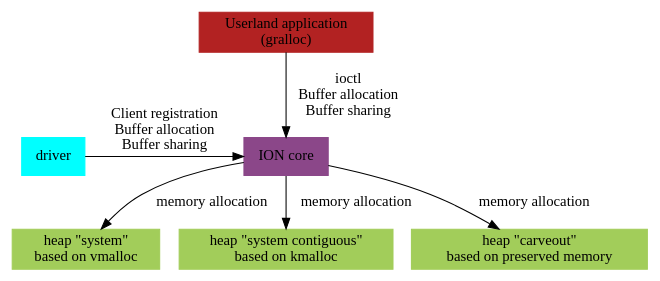
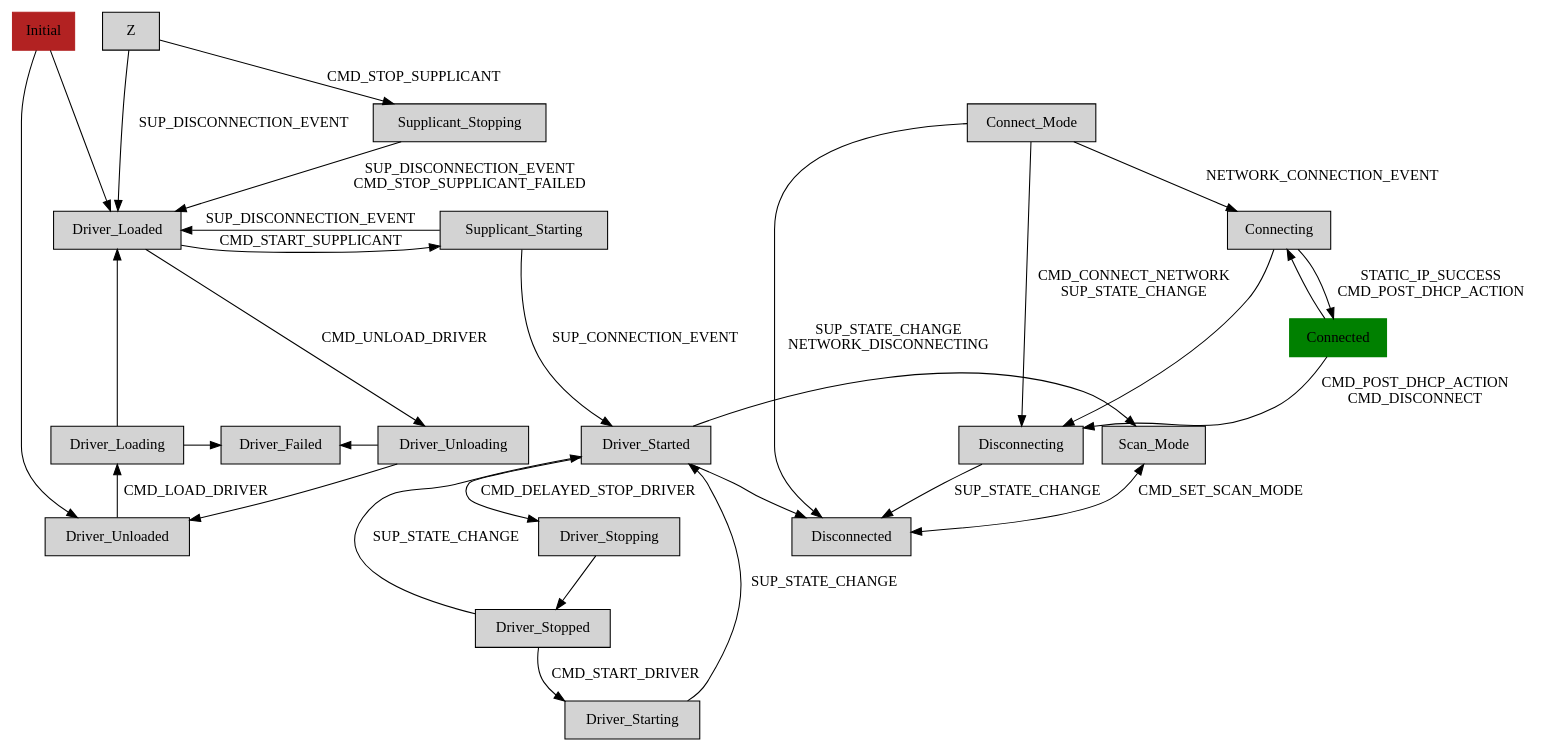
One commit to cambridgehackers/klaatu-language-gitorious changed the diagram in fsm/test.dot. Above: the diagram before and after it, drawn with Graphviz. The commit also changed 3 other files, not shown here.

Commit message:
added all of wifistates graph to test.dot

```diff
--- a/fsm/test.dot
+++ b/fsm/test.dot
@@ -1,48 +1,46 @@
-digraph "ION architecture" {
-	"gralloc" [
-		label = "Userland application\n(gralloc)"
-		shape = box
-		style = filled
-		color = firebrick
-	];
-	"core" [ 
-		label = "ION core"
-		shape = box
-		style = filled
-		color = orchid4
-	];
-	"driver" [
-		label = "driver"
-		shape = box
-		style = filled
-		color = cyan
-	];
-	"heapS" [
-		label = "heap \"system\"\nbased on vmalloc"
-		shape = box
-		style = filled
-		color = darkolivegreen3
-	];
-	"heapSC" [
-		label = "heap \"system contiguous\"\nbased on kmalloc"
-		shape = box
-		style = filled
-		color = darkolivegreen3
-	];
-	"heapC" [
-		label = "heap \"carveout\"\n based on preserved memory"
-		shape = box
-		style = filled
-		color = darkolivegreen3
-	];
+digraph wifistates {
+node [shape=box style=filled]
 
-	{ rank=same; "gralloc" }
-	{ rank=same; "core" "driver" }
-	{ rank=same; "heapS" "heapSC" "heapC" }
+    Initial [ color = firebrick ]; 
+    Connected [ color = green ]; 
+    { rank=same; Initial Z }
+    { rank=same; Driver_Loaded Supplicant_Starting Connecting }
+    { rank=same; Driver_Loading Driver_Failed Driver_Unloading Driver_Started Scan_Mode }
+    { rank=same; Driver_Unloaded Disconnected }
 
-	"gralloc" -> "core" [label="ioctl\nBuffer allocation\nBuffer sharing"] 
-	"driver" -> "core" [label="Client registration\nBuffer allocation\nBuffer sharing"]
-	"core" -> "heapS" [label="memory allocation"]
-	"core" -> "heapSC" [label="memory allocation"]
-	"core" -> "heapC" [label="memory allocation"]
+    Supplicant_Starting -> Driver_Started [ label = SUP_CONNECTION_EVENT ]
+    Driver_Started -> Driver_Stopping [ label = CMD_DELAYED_STOP_DRIVER ]
+    Driver_Stopping -> Driver_Stopped
+    Driver_Stopped -> Driver_Starting [ label = CMD_START_DRIVER ]
+
+    Driver_Stopped -> Driver_Started [ label = SUP_STATE_CHANGE ]
+    Initial -> Driver_Unloaded
+    Driver_Unloaded -> Driver_Loading [ label = CMD_LOAD_DRIVER ]
+    Driver_Loaded -> Supplicant_Starting [ label = CMD_START_SUPPLICANT ]
+    Driver_Loading -> Driver_Loaded
+    subgraph cluster1 {
+    Driver_Loading -> Driver_Failed
+    Driver_Failed -> Driver_Unloading [dir=back]
+    }
+    subgraph cluster2 {
+    Driver_Started -> Scan_Mode
+    Scan_Mode -> Disconnected [ dir=both label = CMD_SET_SCAN_MODE ]
+    }
+    Driver_Unloading -> Driver_Unloaded
+    Driver_Loaded -> Driver_Unloading [ label = CMD_UNLOAD_DRIVER ]
+    Driver_Started -> Disconnected
+    Driver_Starting -> Driver_Started [ label = SUP_STATE_CHANGE ]
+    Initial -> Driver_Loaded
+    Z -> Supplicant_Stopping [ label = CMD_STOP_SUPPLICANT ]
+    Z -> Driver_Loaded [ label = SUP_DISCONNECTION_EVENT ]
+    Connected -> Connecting
+    Connecting -> Disconnecting
+    Connecting -> Connected [ label = "STATIC_IP_SUCCESS\nCMD_POST_DHCP_ACTION" ]
+    Connect_Mode -> Disconnecting [ label = "CMD_CONNECT_NETWORK\nSUP_STATE_CHANGE" ]
+    Connected -> Disconnecting [ label = "CMD_POST_DHCP_ACTION\nCMD_DISCONNECT" ]
+    Connect_Mode -> Disconnected [ label = "SUP_STATE_CHANGE\nNETWORK_DISCONNECTING" ]
+    Connect_Mode -> Connecting [ label = NETWORK_CONNECTION_EVENT ]
+    Supplicant_Starting -> Driver_Loaded [ label = SUP_DISCONNECTION_EVENT ]
+    Supplicant_Stopping -> Driver_Loaded [ label = "SUP_DISCONNECTION_EVENT\nCMD_STOP_SUPPLICANT_FAILED" ]
+    Disconnecting -> Disconnected [ label = SUP_STATE_CHANGE ]
 }
```
